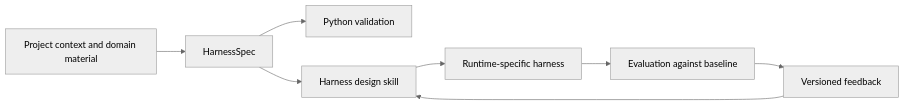
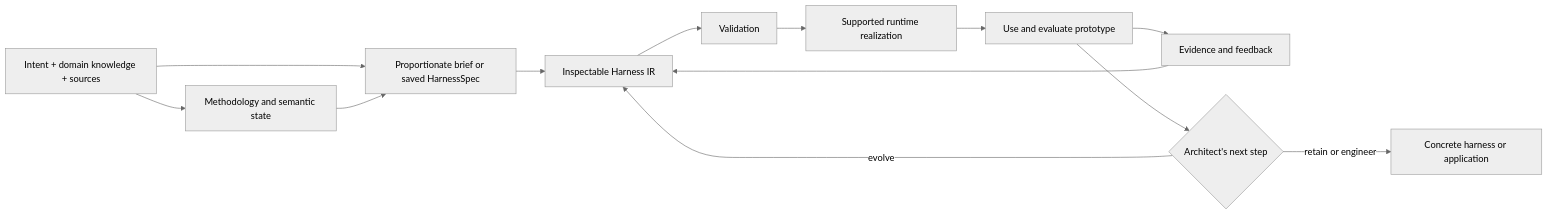
One commit to andresdp/harness-weaver changed the diagram in docs/harnessweaver-implementation-roadmap.md. Above: the diagram before and after it, drawn with Mermaid (neutral theme). The commit also changed other lines of this file and 19 other files, not shown here.

Commit message:
Align roadmap with methodology-first vision

````diff
--- a/docs/harnessweaver-implementation-roadmap.md
+++ b/docs/harnessweaver-implementation-roadmap.md
@@ -93,10 +101,15 @@
 ```mermaid
 flowchart LR
-    I[Project context and domain material] --> S[HarnessSpec]
-    S --> V[Python validation]
-    S --> H[Harness design skill]
-    H --> A[Runtime-specific harness]
-    A --> E[Evaluation against baseline]
-    E --> F[Versioned feedback]
-    F --> H
+    I[Intent + domain knowledge + sources] --> M[Methodology and semantic state]
+    I --> B[Proportionate brief or saved HarnessSpec]
+    M --> B
+    B --> IR[Inspectable Harness IR]
+    IR --> V[Validation]
+    V --> A[Supported runtime realization]
+    A --> E[Use and evaluate prototype]
+    E --> F[Evidence and feedback]
+    F --> IR
+    E --> D{Architect's next step}
+    D -->|evolve| IR
+    D -->|retain or engineer| C[Concrete harness or application]
 ```
````
